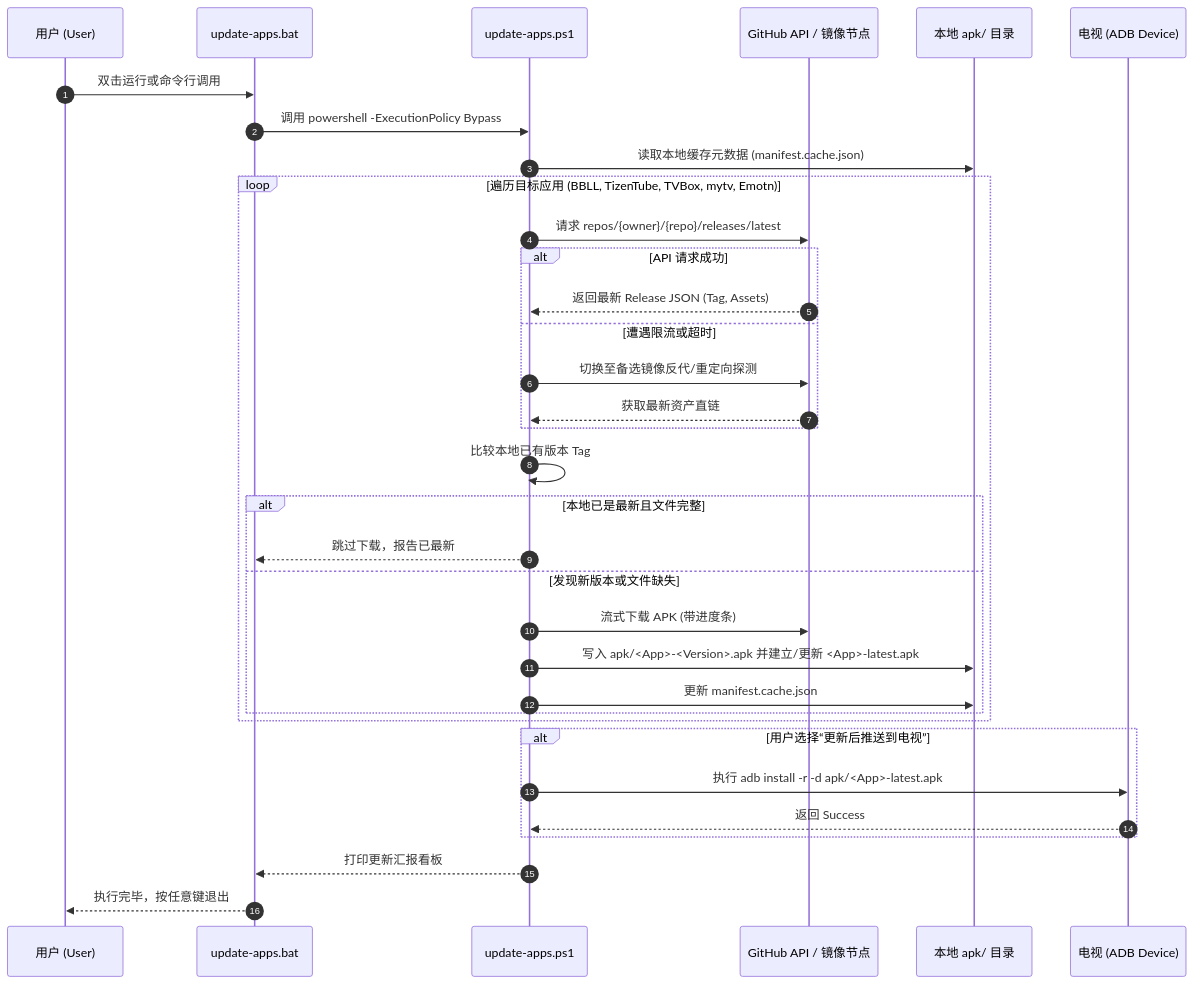
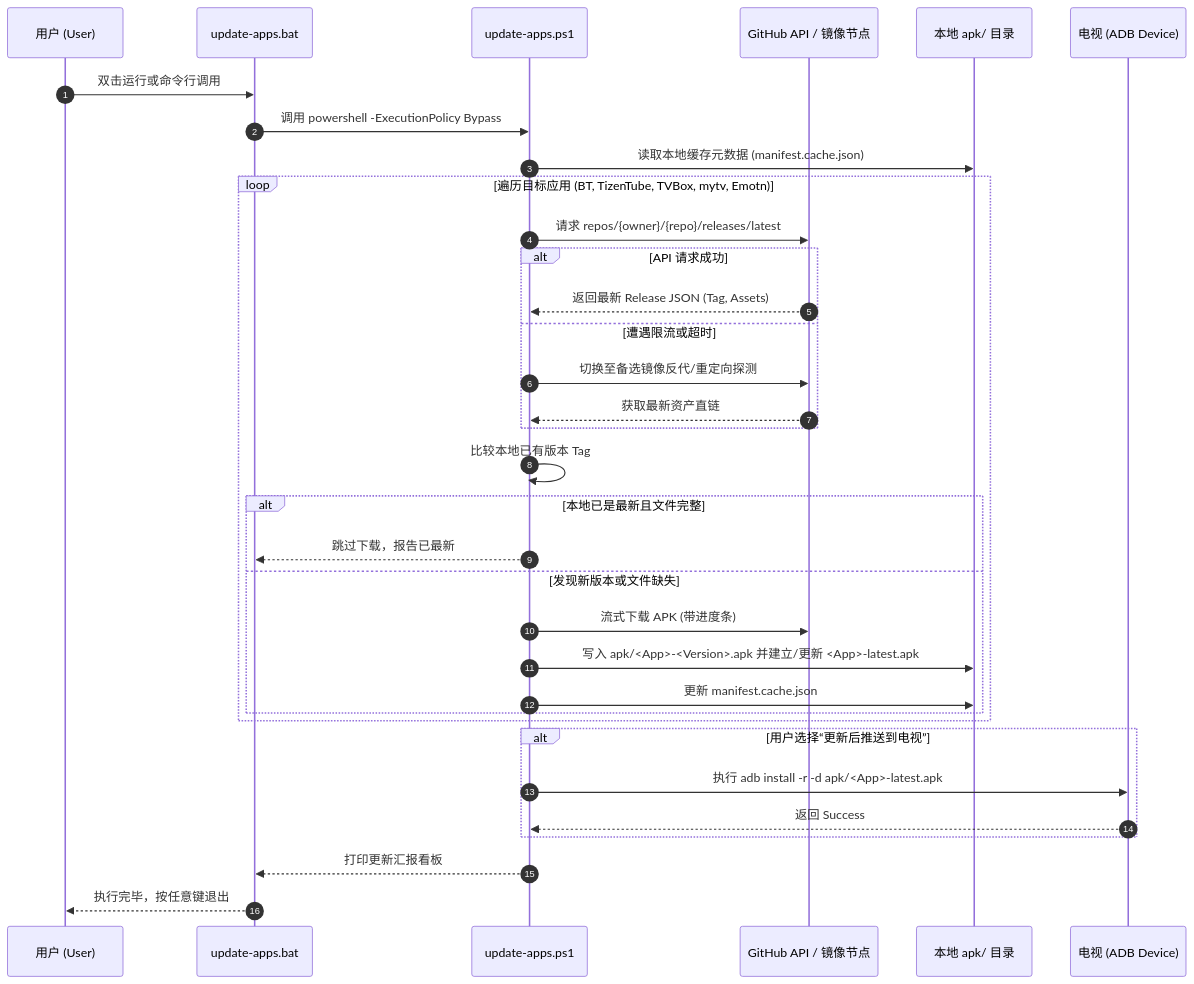
Before and after one commit to TREYWANGCQU/androidTV: the second of 2 diagrams in doc/feat/01_app_auto_update_scheme.md, drawn with Mermaid. The commit also changed other lines of this file and 3 other files, not shown here.

````diff
--- a/doc/feat/01_app_auto_update_scheme.md
+++ b/doc/feat/01_app_auto_update_scheme.md
@@ -82,37 +85,37 @@
 ```mermaid
 sequenceDiagram
     autonumber
     participant U as 用户 (User)
     participant B as update-apps.bat
     participant P as update-apps.ps1
     participant G as GitHub API / 镜像节点
     participant F as 本地 apk/ 目录
     participant T as 电视 (ADB Device)
 
     U->>B: 双击运行或命令行调用
     B->>P: 调用 powershell -ExecutionPolicy Bypass
     P->>F: 读取本地缓存元数据 (manifest.cache.json)
-    loop 遍历目标应用 (BBLL, TizenTube, TVBox, mytv, Emotn)
+    loop 遍历目标应用 (BT, TizenTube, TVBox, mytv, Emotn)
         P->>G: 请求 repos/{owner}/{repo}/releases/latest
         alt API 请求成功
             G-->>P: 返回最新 Release JSON (Tag, Assets)
         else 遭遇限流或超时
             P->>G: 切换至备选镜像反代/重定向探测
             G-->>P: 获取最新资产直链
         end
         P->>P: 比较本地已有版本 Tag
         alt 本地已是最新且文件完整
             P-->>B: 跳过下载，报告已最新
         else 发现新版本或文件缺失
             P->>G: 流式下载 APK (带进度条)
             P->>F: 写入 apk/<App>-<Version>.apk 并建立/更新 <App>-latest.apk
             P->>F: 更新 manifest.cache.json
         end
     end
     alt 用户选择“更新后推送到电视”
         P->>T: 执行 adb install -r -d apk/<App>-latest.apk
         T-->>P: 返回 Success
     end
     P-->>B: 打印更新汇报看板
     B-->>U: 执行完毕，按任意键退出
 ```
````
